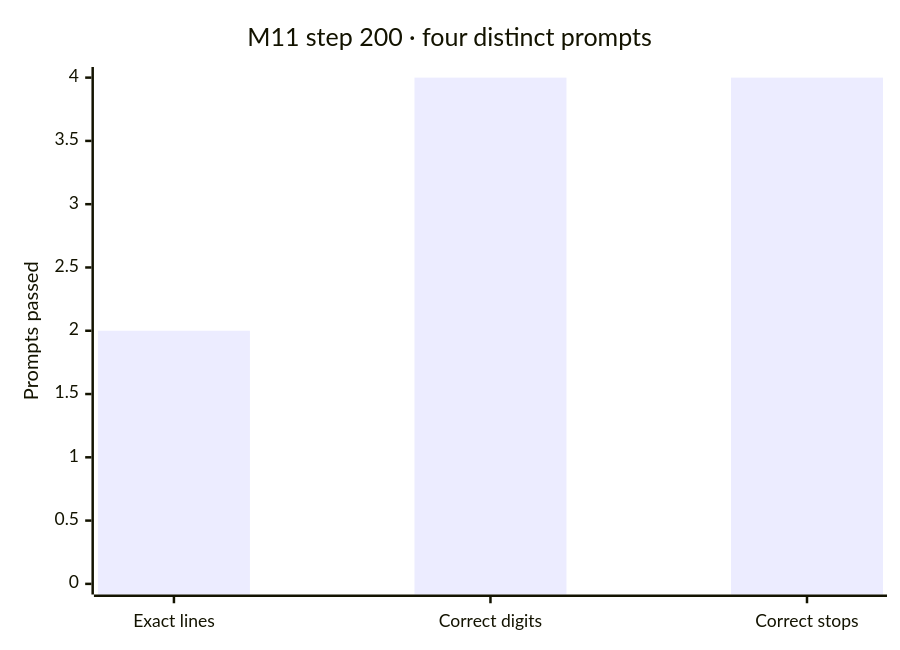
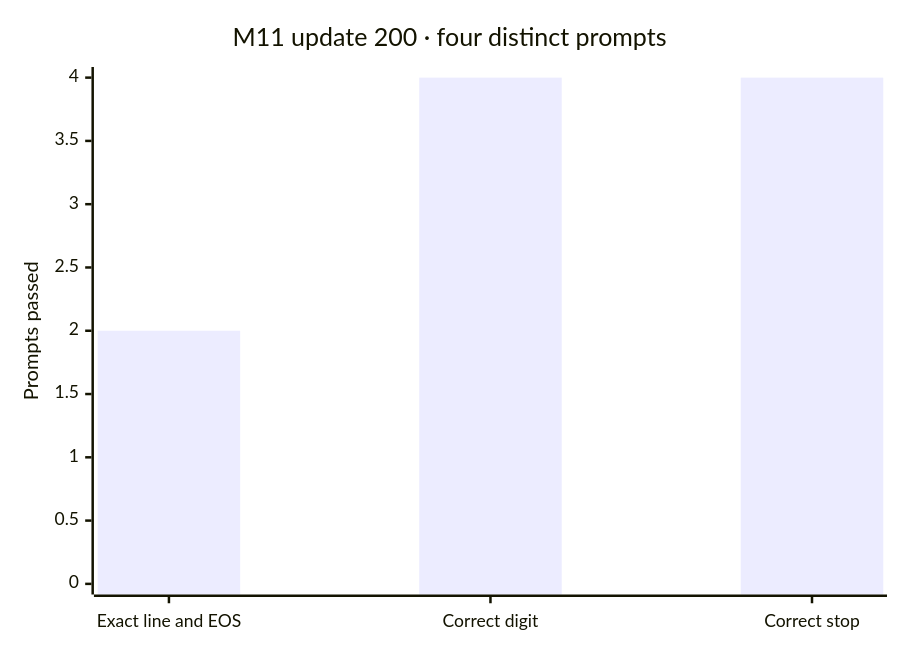
The second of 2 diagrams in README.md (keepithandy/plex-nano), drawn with Mermaid before and after one commit. The commit also changed other lines of this file, not shown here.

````diff
--- a/README.md
+++ b/README.md
@@ -30,7 +94,7 @@
 ```mermaid
 xychart-beta
-    title "M11 step 200 · four distinct prompts"
-    x-axis ["Exact lines", "Correct digits", "Correct stops"]
+    title "M11 update 200 · four distinct prompts"
+    x-axis ["Exact line and EOS", "Correct digit", "Correct stop"]
     y-axis "Prompts passed" 0 --> 4
     bar [2, 4, 4]
 ```
````
